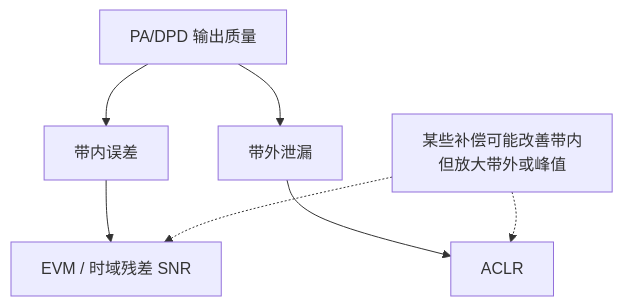
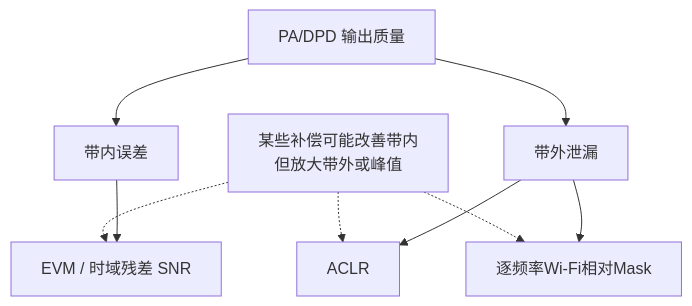
One commit to niyilu45/DPD_ILC changed the seventh of 9 diagrams in doc/Analysis.md. Above: the diagram before and after it, drawn with Mermaid. The commit also changed other lines of this file and 5 other files, not shown here.

````diff
--- a/doc/Analysis.md
+++ b/doc/Analysis.md
@@ -1408,9 +1419,11 @@
 ```mermaid
 flowchart TB
     A["PA/DPD 输出质量"] --> B["带内误差"]
     A --> C["带外泄漏"]
     B --> D["EVM / 时域残差 SNR"]
     C --> E["ACLR"]
+    C --> G["逐频率Wi-Fi相对Mask"]
     F["某些补偿可能改善带内<br/>但放大带外或峰值"] -.-> D
     F -.-> E
+    F -.-> G
 ```
````
